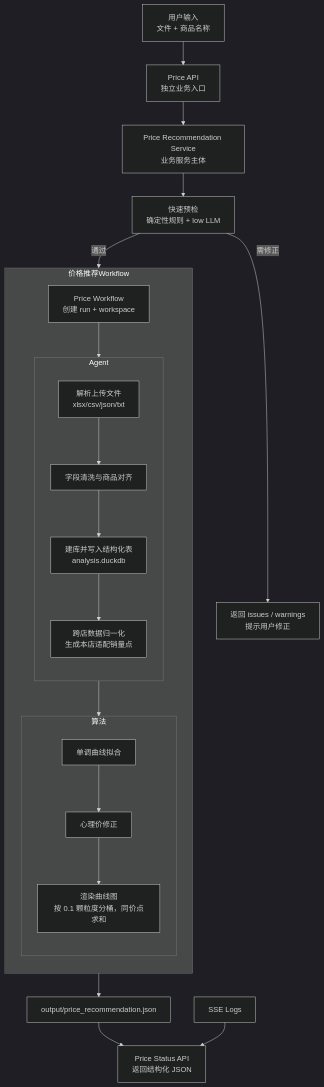
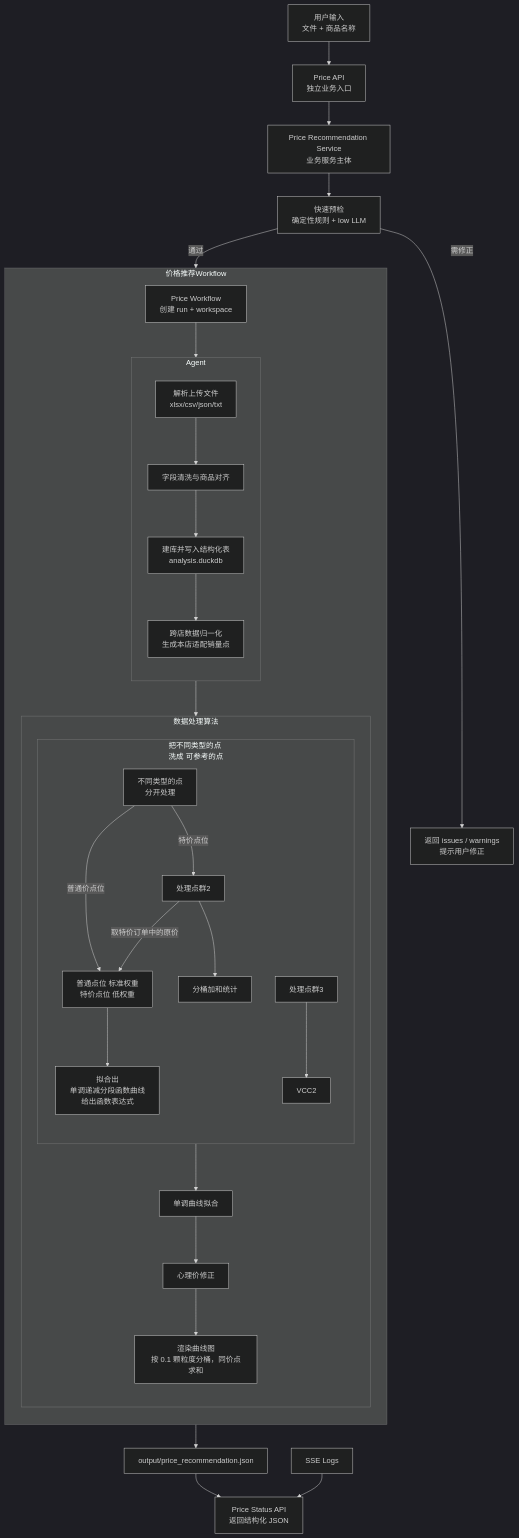
The first of 2 diagrams in docs/最优价格/架构设计.md (FuLuTang/AI-Store-Analysis-System), drawn with Mermaid (dark theme) before and after one commit. The commit also changed 4 other files, not shown here.

````diff
--- a/docs/最优价格/架构设计.md
+++ b/docs/最优价格/架构设计.md
@@ -5,34 +5,44 @@
 ```mermaid
 graph TD
     A[用户输入<br/>文件 + 商品名称] --> B[Price API<br/>独立业务入口]
     B --> C[Price Recommendation Service<br/>业务服务主体]
     C --> D[快速预检<br/>确定性规则 + low LLM]
 
     D -->|需修正| E[返回 issues / warnings<br/>提示用户修正]
     D -->|通过| F[Price Workflow<br/>创建 run + workspace]
 
     subgraph 价格推荐Workflow
         direction TB
         F --> K
         subgraph K[Agent]
           direction TB
           X[解析上传文件<br/>xlsx/csv/json/txt]
           Y[字段清洗与商品对齐]
           Z[建库并写入结构化表<br/>analysis.duckdb]
           W[跨店数据归一化<br/>生成本店适配销量点]
           X --> Y --> Z --> W
         end
         W --> V
-        subgraph V[算法]
+        subgraph V[数据处理算法]
           direction TD
+          subgraph V0[把不同类型的点<br/>洗成 可参考的点]
+            direction TB
+            VC0["不同类型的点<br/>分开处理"] --> |普通价点位| VCA1
+            VC0 --> |特价点位| VCB1
+            VCB1[处理点群2] --> |取特价订单中的原价| VCA1
+            VCA1[普通点位 标准权重<br/>特价点位 低权重] --> VCA2[拟合出<br/>单调递减分段函数曲线<br/>给出函数表达式]
+            VCB1 --> VCB2[分桶加和统计]
+            VCC1[处理点群3]
+            VCC1 --> VCC2
+          end
           V1[单调曲线拟合]
           V2[心理价修正]
           V3[渲染曲线图<br/>按 0.1 颗粒度分桶，同价点求和]
-          V1 --> V2 --> V3
+          V0 --> V1 --> V2 --> V3
         end
     end
 
-    K --> L[output/price_recommendation.json]
+    V --> L[output/price_recommendation.json]
     L --> N[Price Status API<br/>返回结构化 JSON]
     P[SSE Logs] --> N
 ```
````
